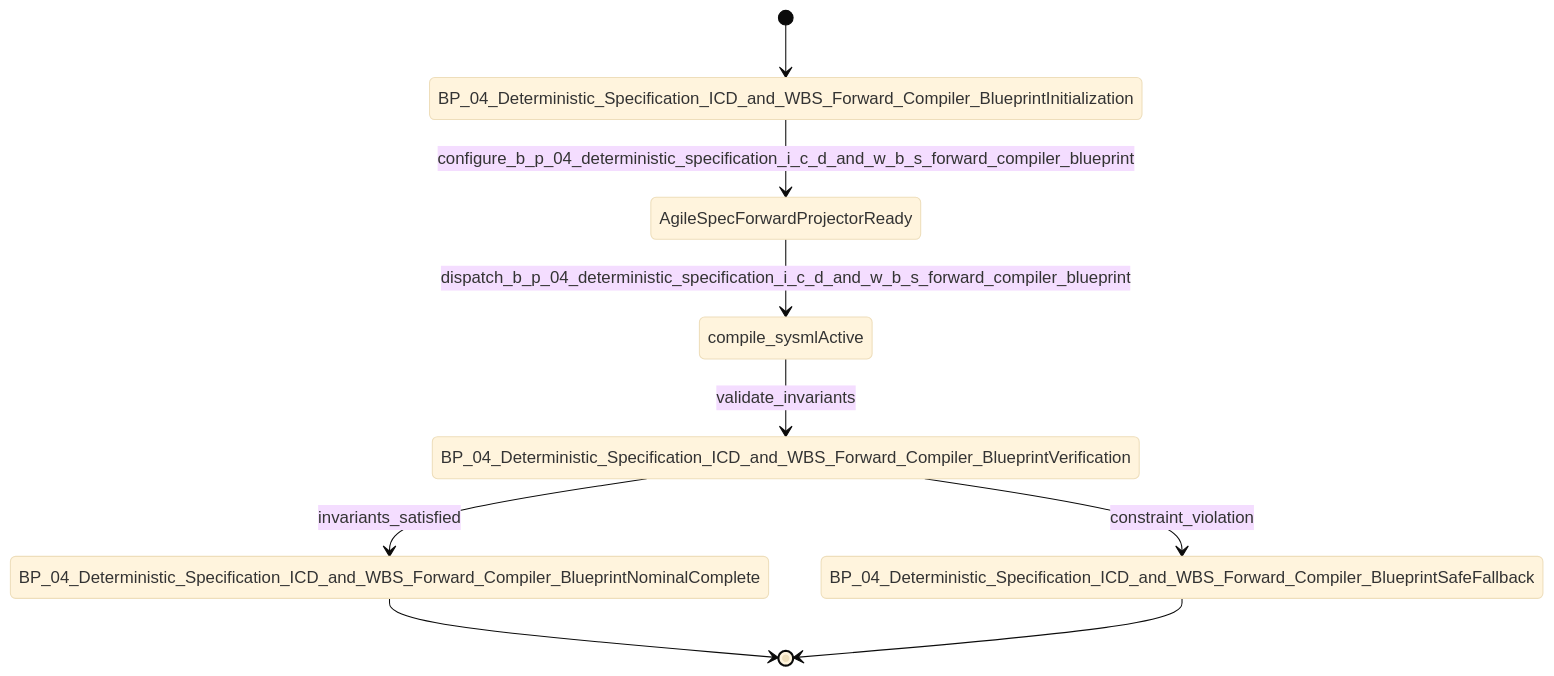
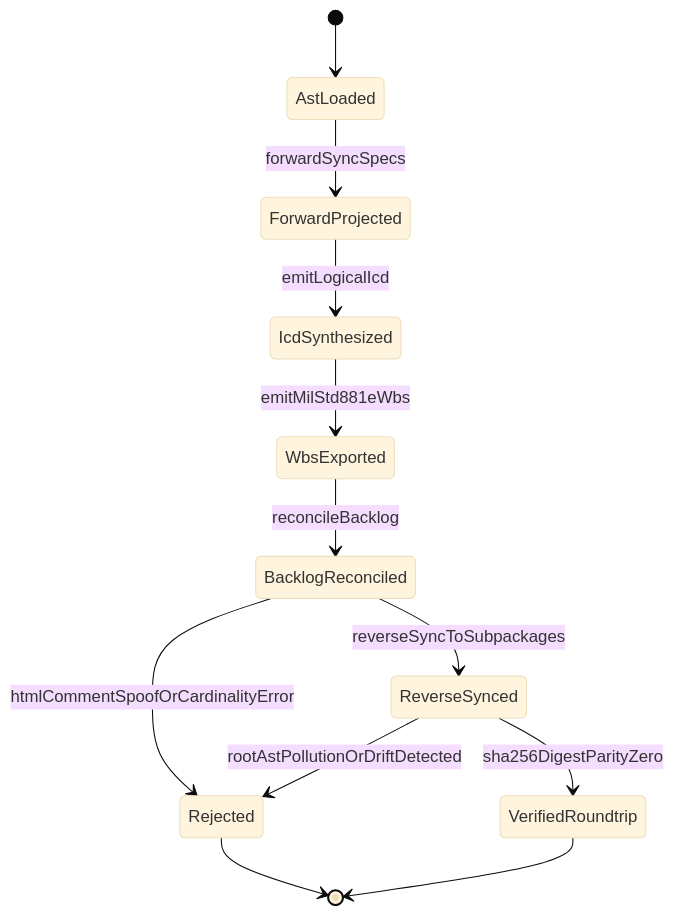
One commit to gintatkinson/DEAP01-spec-core changed the second of 2 diagrams in .pipeline/upstream/docs/epics/EPIC-04-BP_04_Deterministic_Specification_ICD_and_WBS_Forward_Compiler_Blueprint.md. Above: the diagram before and after it, drawn with Mermaid (base theme). The commit also changed other lines of this file and 179 other files, not shown here.

Commit message:
fix(compiler): remediate upstream specification forward projection, diagram synthesis, and GitHub blob URL resolution

````diff
--- a/.pipeline/upstream/docs/epics/EPIC-04-BP_04_Deterministic_Specification_ICD_and_WBS_Forward_Compiler_Blueprint.md
+++ b/.pipeline/upstream/docs/epics/EPIC-04-BP_04_Deterministic_Specification_ICD_and_WBS_Forward_Compiler_Blueprint.md
@@ -112,11 +110,14 @@
 ```mermaid
 stateDiagram-v2
-    [*] --> BP_04_Deterministic_Specification_ICD_and_WBS_Forward_Compiler_BlueprintInitialization
-    BP_04_Deterministic_Specification_ICD_and_WBS_Forward_Compiler_BlueprintInitialization --> AgileSpecForwardProjectorReady : configure_b_p_04_deterministic_specification_i_c_d_and_w_b_s_forward_compiler_blueprint
-    AgileSpecForwardProjectorReady --> compile_sysmlActive : dispatch_b_p_04_deterministic_specification_i_c_d_and_w_b_s_forward_compiler_blueprint
-    compile_sysmlActive --> BP_04_Deterministic_Specification_ICD_and_WBS_Forward_Compiler_BlueprintVerification : validate_invariants
-    BP_04_Deterministic_Specification_ICD_and_WBS_Forward_Compiler_BlueprintVerification --> BP_04_Deterministic_Specification_ICD_and_WBS_Forward_Compiler_BlueprintNominalComplete : invariants_satisfied
-    BP_04_Deterministic_Specification_ICD_and_WBS_Forward_Compiler_BlueprintVerification --> BP_04_Deterministic_Specification_ICD_and_WBS_Forward_Compiler_BlueprintSafeFallback : constraint_violation
-    BP_04_Deterministic_Specification_ICD_and_WBS_Forward_Compiler_BlueprintNominalComplete --> [*]
-    BP_04_Deterministic_Specification_ICD_and_WBS_Forward_Compiler_BlueprintSafeFallback --> [*]
+    [*] --> AstLoaded
+    AstLoaded --> ForwardProjected : forwardSyncSpecs
+    ForwardProjected --> IcdSynthesized : emitLogicalIcd
+    IcdSynthesized --> WbsExported : emitMilStd881eWbs
+    WbsExported --> BacklogReconciled : reconcileBacklog
+    BacklogReconciled --> ReverseSynced : reverseSyncToSubpackages
+    BacklogReconciled --> Rejected : htmlCommentSpoofOrCardinalityError
+    ReverseSynced --> VerifiedRoundtrip : sha256DigestParityZero
+    ReverseSynced --> Rejected : rootAstPollutionOrDriftDetected
+    Rejected --> [*]
+    VerifiedRoundtrip --> [*]
 ```
````
